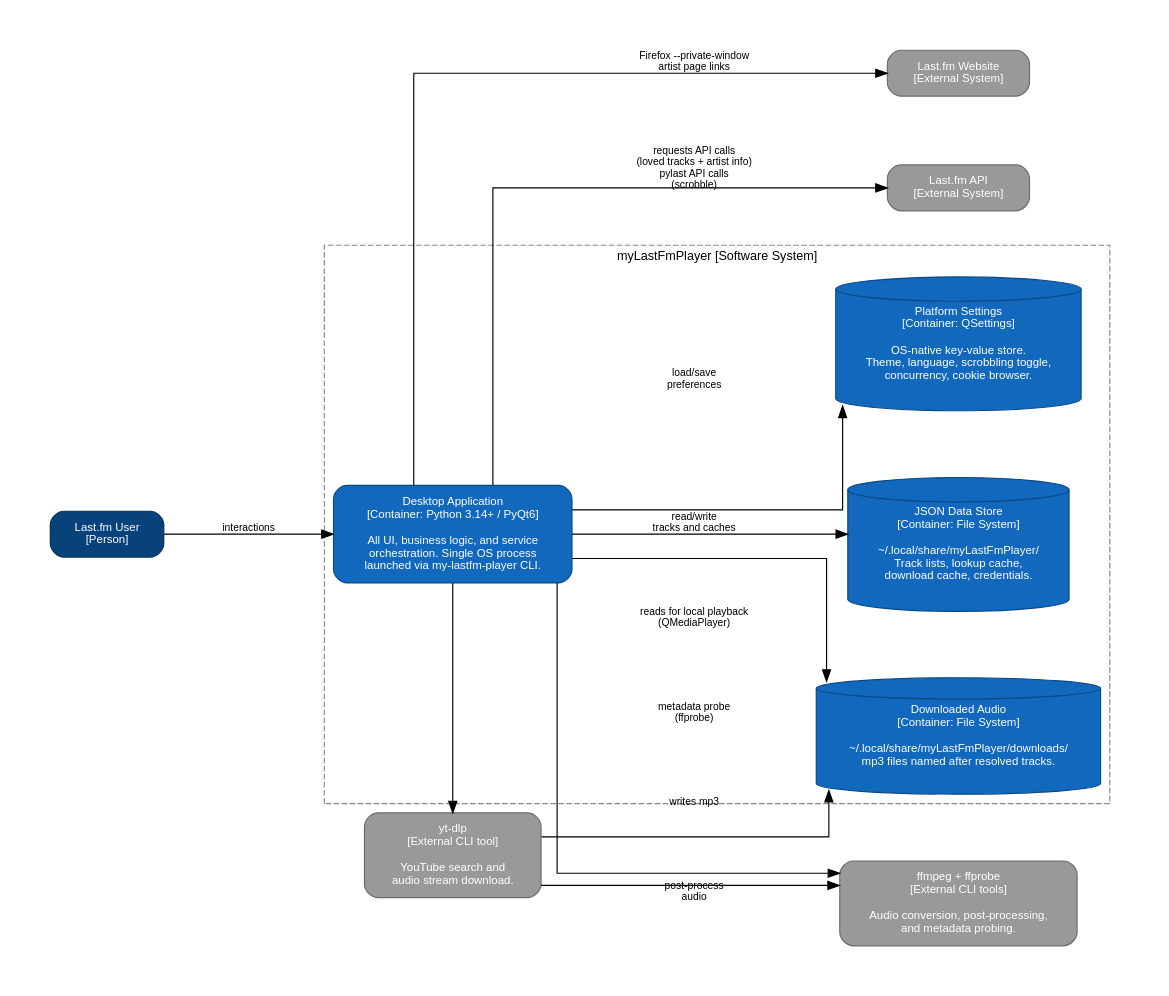
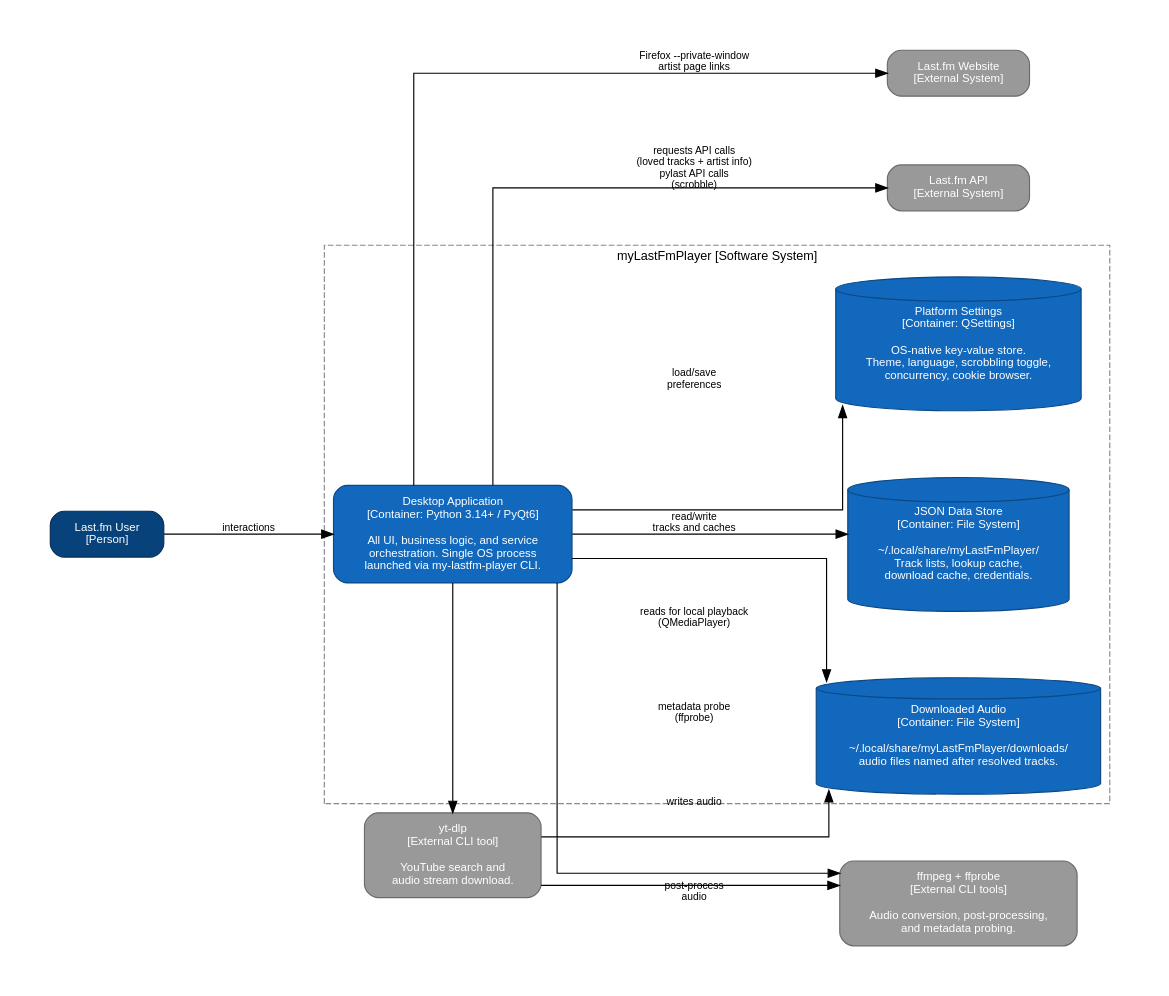
The second of 5 diagrams in docs/architecture.rst (marcelpetrick/myLastFmPlayer), drawn with Graphviz before and after one commit. The commit also changed other lines of this file and 24 other files, not shown here.

First line of the commit message:
docs(product): present maintained release and current architecture (v0.0.165)

```diff
--- a/docs/architecture.rst
+++ b/docs/architecture.rst
@@ -56,60 +56,60 @@
 .. graphviz::
    :caption: Container view — processes, external tools, and storage
 
    digraph containers {
        graph [rankdir=LR, splines=ortho, pad=0.5, nodesep=0.8, ranksep=1.3];
        node [fontname="Helvetica", fontsize=10, margin="0.25,0.12"];
        edge [fontname="Helvetica", fontsize=9];
 
        user [label="Last.fm User\n[Person]",
              shape=box, style="rounded,filled",
              fillcolor="#08427b", fontcolor=white, color="#052e56"];
 
        subgraph cluster_system {
            label="myLastFmPlayer [Software System]";
            style=dashed; color="#888888"; fontname="Helvetica"; fontsize=11;
 
            desktop [label="Desktop Application\n[Container: Python 3.14+ / PyQt6]\n\nAll UI, business logic, and service\norchestration. Single OS process\nlaunched via my-lastfm-player CLI.",
                     shape=box, style="rounded,filled",
                     fillcolor="#1168bd", fontcolor=white, color="#0b4884"];
 
            json_store [label="JSON Data Store\n[Container: File System]\n\n~/.local/share/myLastFmPlayer/\nTrack lists, lookup cache,\ndownload cache, credentials.",
                        shape=cylinder, style="filled",
                        fillcolor="#1168bd", fontcolor=white, color="#0b4884"];
 
-           audio_files [label="Downloaded Audio\n[Container: File System]\n\n~/.local/share/myLastFmPlayer/downloads/\nmp3 files named after resolved tracks.",
+           audio_files [label="Downloaded Audio\n[Container: File System]\n\n~/.local/share/myLastFmPlayer/downloads/\naudio files named after resolved tracks.",
                         shape=cylinder, style="filled",
                         fillcolor="#1168bd", fontcolor=white, color="#0b4884"];
 
            qt_settings [label="Platform Settings\n[Container: QSettings]\n\nOS-native key-value store.\nTheme, language, scrobbling toggle,\nconcurrency, cookie browser.",
                         shape=cylinder, style="filled",
                         fillcolor="#1168bd", fontcolor=white, color="#0b4884"];
        }
 
        ytdlp  [label="yt-dlp\n[External CLI tool]\n\nYouTube search and\naudio stream download.",
                shape=box, style="rounded,filled",
                fillcolor="#999999", fontcolor=white, color="#6b6b6b"];
 
        ffmpeg [label="ffmpeg + ffprobe\n[External CLI tools]\n\nAudio conversion, post-processing,\nand metadata probing.",
                shape=box, style="rounded,filled",
                fillcolor="#999999", fontcolor=white, color="#6b6b6b"];
 
        lastfm_web [label="Last.fm Website\n[External System]",
                    shape=box, style="rounded,filled",
                    fillcolor="#999999", fontcolor=white, color="#6b6b6b"];
 
        lastfm_api [label="Last.fm API\n[External System]",
                    shape=box, style="rounded,filled",
                    fillcolor="#999999", fontcolor=white, color="#6b6b6b"];
 
        user     -> desktop    [label="interactions"];
        desktop  -> json_store [label="read/write\ntracks and caches"];
        desktop  -> audio_files[label="reads for local playback\n(QMediaPlayer)"];
        desktop  -> qt_settings[label="load/save\npreferences"];
        desktop  -> ytdlp      [label="subprocess\n(search + download)"];
        desktop  -> ffmpeg      [label="metadata probe\n(ffprobe)"];
        ytdlp    -> ffmpeg      [label="post-process\naudio"];
-       ytdlp    -> audio_files [label="writes mp3"];
+       ytdlp    -> audio_files [label="writes audio"];
        desktop  -> lastfm_api  [label="requests API calls\n(loved tracks + artist info)\npylast API calls\n(scrobble)"];
        desktop  -> lastfm_web  [label="Firefox --private-window\nartist page links"];
    }
```
